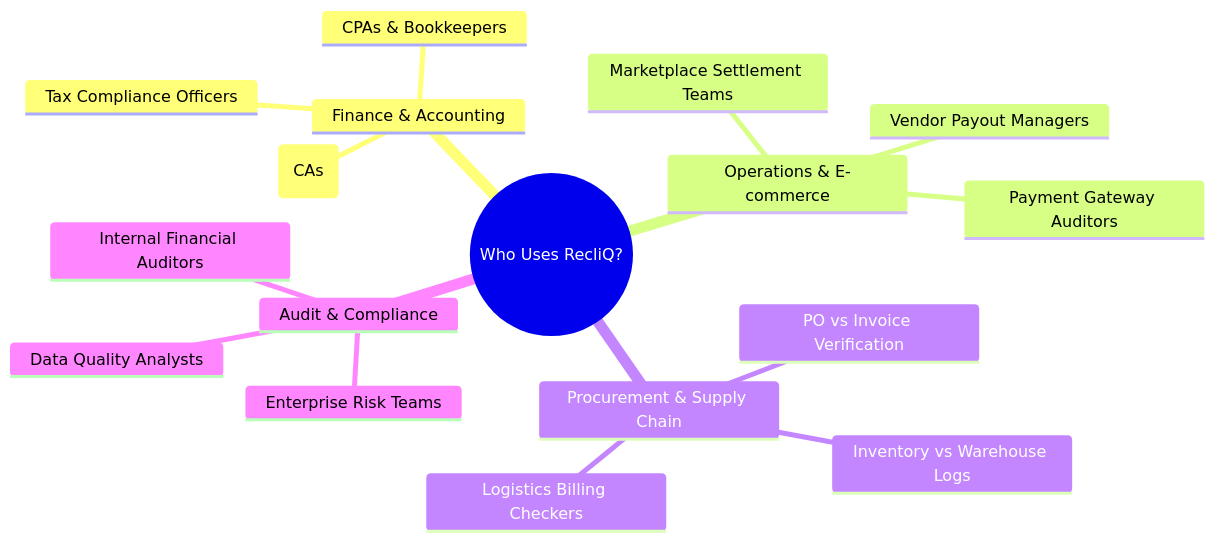
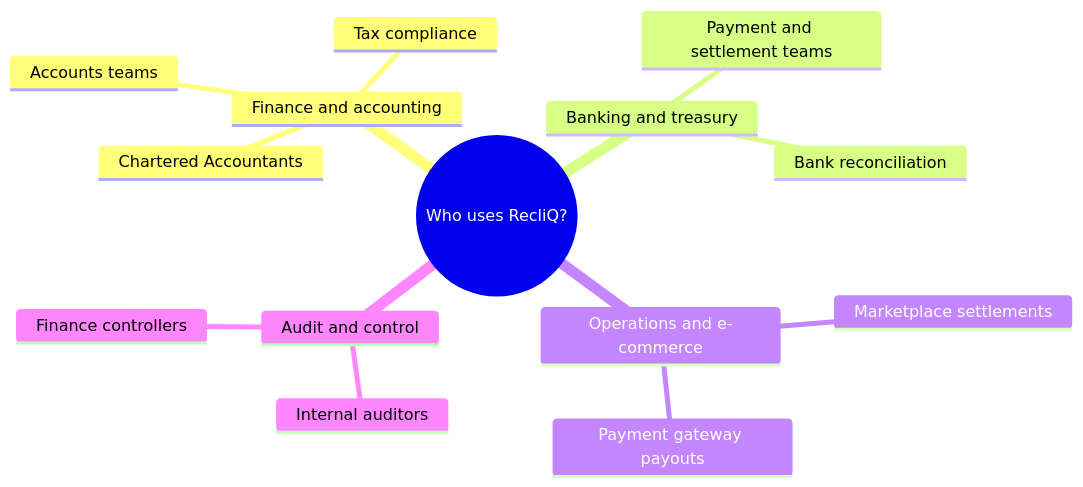
The second of 3 diagrams in docs/NON_TECHNICAL_GUIDE.md (jagdevs646/RecliQ), drawn with Mermaid before and after one commit. The commit also changed other lines of this file and 7 other files, not shown here.

````diff
--- a/docs/NON_TECHNICAL_GUIDE.md
+++ b/docs/NON_TECHNICAL_GUIDE.md
@@ -75,20 +68,17 @@
 ```mermaid
 mindmap
-  root((Who Uses RecliQ?))
-    Finance & Accounting
-      Chartered Accountants (CAs)
-      CPAs & Bookkeepers
-      Tax Compliance Officers
-    Operations & E-commerce
-      Marketplace Settlement Teams
-      Payment Gateway Auditors
-      Vendor Payout Managers
-    Procurement & Supply Chain
-      PO vs Invoice Verification
-      Inventory vs Warehouse Logs
-      Logistics Billing Checkers
-    Audit & Compliance
-      Internal Financial Auditors
-      Data Quality Analysts
-      Enterprise Risk Teams
+  root((Who uses RecliQ?))
+    Finance and accounting
+      Chartered Accountants
+      Accounts teams
+      Tax compliance
+    Banking and treasury
+      Bank reconciliation
+      Payment and settlement teams
+    Operations and e-commerce
+      Marketplace settlements
+      Payment gateway payouts
+    Audit and control
+      Internal auditors
+      Finance controllers
 ```
````
